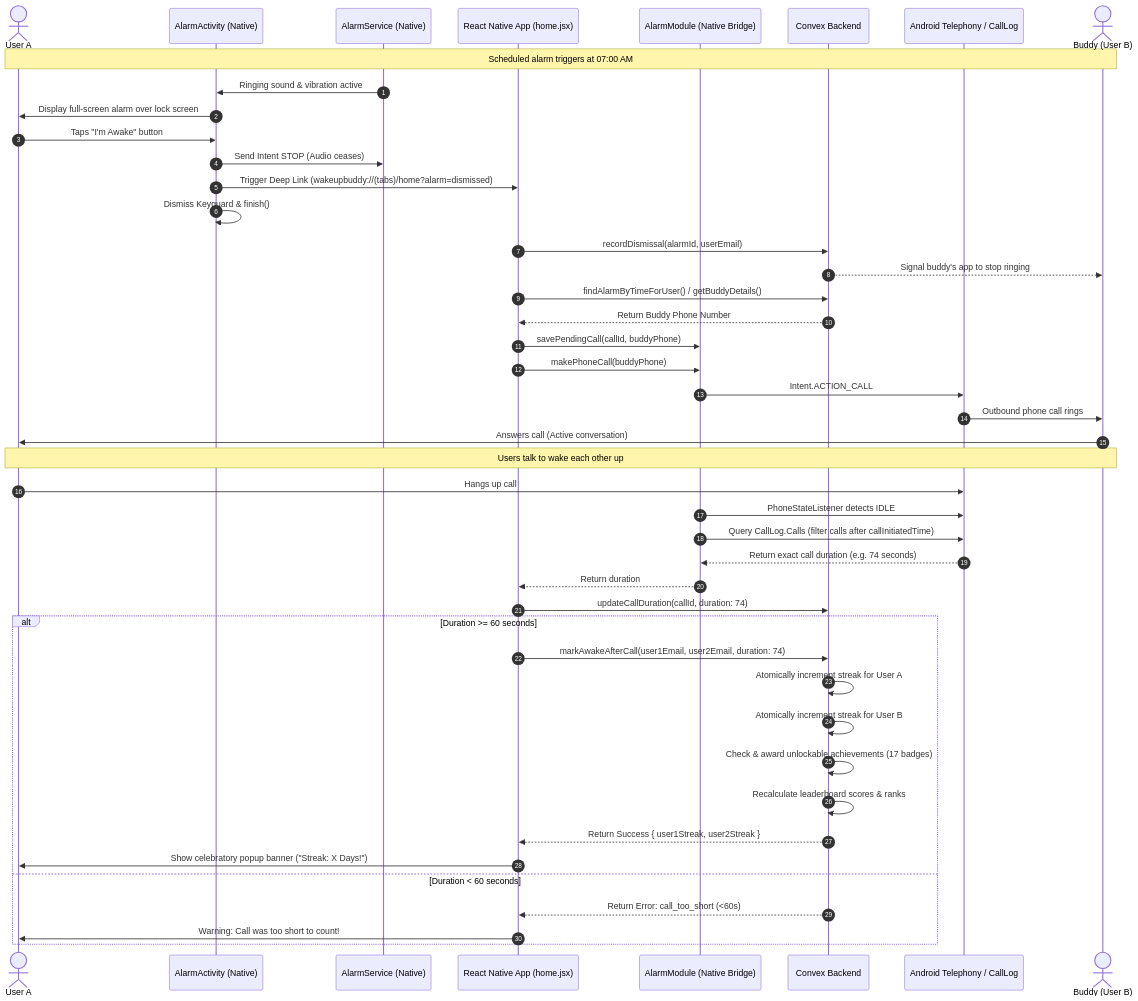
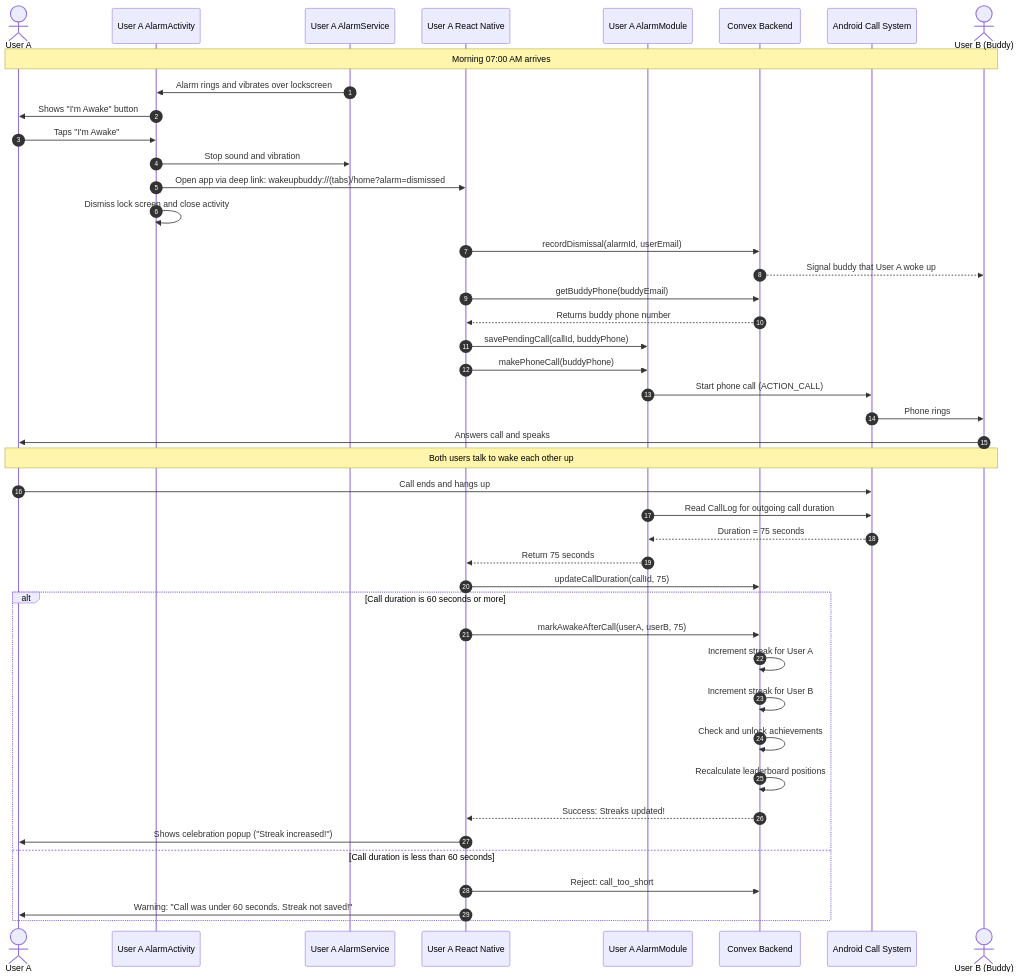
The fourth of 8 diagrams in README.md (AaryaBalan/WakeupBuddy), drawn with Mermaid before and after one commit. The commit also changed other lines of this file, not shown here.

````diff
--- a/README.md
+++ b/README.md
@@ -284,52 +205,51 @@
 ```mermaid
 sequenceDiagram
     autonumber
     actor UserA as User A
-    participant AA as AlarmActivity (Native)
-    participant AS as AlarmService (Native)
-    participant RN as React Native App (home.jsx)
-    participant AM as AlarmModule (Native Bridge)
-    participant DB as Convex Backend
-    participant TEL as Android Telephony / CallLog
-    actor UserB as Buddy (User B)
+    participant NativeA as User A AlarmActivity
+    participant ServiceA as User A AlarmService
+    participant AppA as User A React Native
+    participant BridgeA as User A AlarmModule
+    participant Backend as Convex Backend
+    participant Telecom as Android Call System
+    actor UserB as User B (Buddy)
 
-    Note over UserA, UserB: Scheduled alarm triggers at 07:00 AM
-    AS->>AA: Ringing sound & vibration active
-    AA->>UserA: Display full-screen alarm over lock screen
-    UserA->>AA: Taps "I'm Awake" button
-    AA->>AS: Send Intent STOP (Audio ceases)
-    AA->>RN: Trigger Deep Link (wakeupbuddy://(tabs)/home?alarm=dismissed)
-    AA->>AA: Dismiss Keyguard & finish()
-    
-    RN->>DB: recordDismissal(alarmId, userEmail)
-    DB-->>UserB: Signal buddy's app to stop ringing
-    RN->>DB: findAlarmByTimeForUser() / getBuddyDetails()
-    DB-->>RN: Return Buddy Phone Number
-    
-    RN->>AM: savePendingCall(callId, buddyPhone)
-    RN->>AM: makePhoneCall(buddyPhone)
-    AM->>TEL: Intent.ACTION_CALL
-    TEL->>UserB: Outbound phone call rings
-    UserB->>UserA: Answers call (Active conversation)
-    
-    Note over UserA, UserB: Users talk to wake each other up
-    UserA->>TEL: Hangs up call
-    AM->>TEL: PhoneStateListener detects IDLE
-    AM->>TEL: Query CallLog.Calls (filter calls after callInitiatedTime)
-    TEL-->>AM: Return exact call duration (e.g. 74 seconds)
-    AM-->>RN: Return duration
-    
-    RN->>DB: updateCallDuration(callId, duration: 74)
-    alt Duration >= 60 seconds
-        RN->>DB: markAwakeAfterCall(user1Email, user2Email, duration: 74)
-        DB->>DB: Atomically increment streak for User A
-        DB->>DB: Atomically increment streak for User B
-        DB->>DB: Check & award unlockable achievements (17 badges)
-        DB->>DB: Recalculate leaderboard scores & ranks
-        DB-->>RN: Return Success { user1Streak, user2Streak }
-        RN->>UserA: Show celebratory popup banner ("Streak: X Days!")
-    else Duration < 60 seconds
-        DB-->>RN: Return Error: call_too_short (<60s)
-        RN->>UserA: Warning: Call was too short to count!
+    Note over UserA, UserB: Morning 07:00 AM arrives
+    ServiceA->>NativeA: Alarm rings and vibrates over lockscreen
+    NativeA->>UserA: Shows "I'm Awake" button
+    UserA->>NativeA: Taps "I'm Awake"
+    NativeA->>ServiceA: Stop sound and vibration
+    NativeA->>AppA: Open app via deep link: wakeupbuddy://(tabs)/home?alarm=dismissed
+    NativeA->>NativeA: Dismiss lock screen and close activity
+
+    AppA->>Backend: recordDismissal(alarmId, userEmail)
+    Backend-->>UserB: Signal buddy that User A woke up
+    AppA->>Backend: getBuddyPhone(buddyEmail)
+    Backend-->>AppA: Returns buddy phone number
+
+    AppA->>BridgeA: savePendingCall(callId, buddyPhone)
+    AppA->>BridgeA: makePhoneCall(buddyPhone)
+    BridgeA->>Telecom: Start phone call (ACTION_CALL)
+    Telecom->>UserB: Phone rings
+    UserB->>UserA: Answers call and speaks
+
+    Note over UserA, UserB: Both users talk to wake each other up
+    UserA->>Telecom: Call ends and hangs up
+    BridgeA->>Telecom: Read CallLog for outgoing call duration
+    Telecom-->>BridgeA: Duration = 75 seconds
+    BridgeA-->>AppA: Return 75 seconds
+
+    AppA->>Backend: updateCallDuration(callId, 75)
+    alt Call duration is 60 seconds or more
+        AppA->>Backend: markAwakeAfterCall(userA, userB, 75)
+        Backend->>Backend: Increment streak for User A
+        Backend->>Backend: Increment streak for User B
+        Backend->>Backend: Check and unlock achievements
+        Backend->>Backend: Recalculate leaderboard positions
+        Backend-->>AppA: Success: Streaks updated!
+        AppA->>UserA: Shows celebration popup ("Streak increased!")
+    else Call duration is less than 60 seconds
+        AppA->>Backend: Reject: call_too_short
+        AppA->>UserA: Warning: "Call was under 60 seconds. Streak not saved!"
     end
 ```
````
